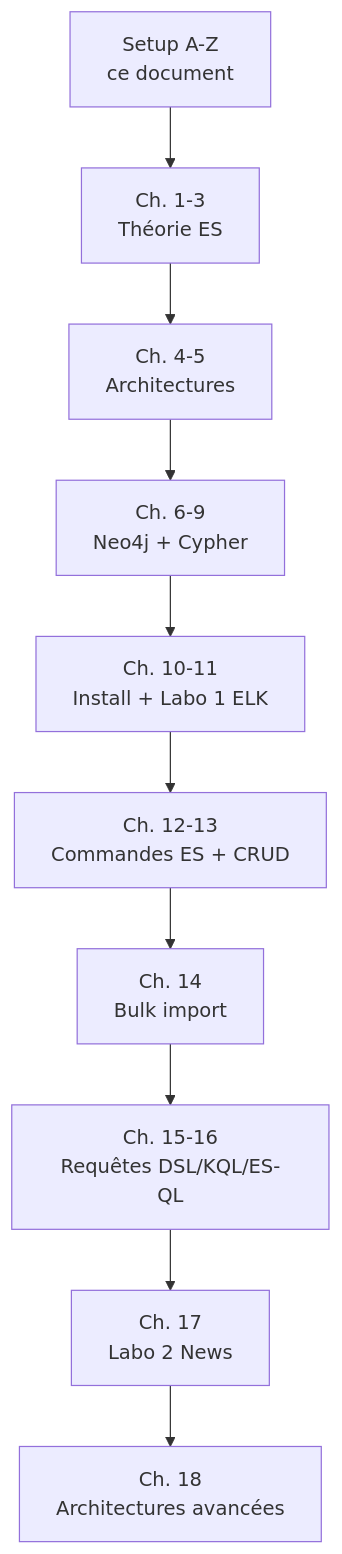
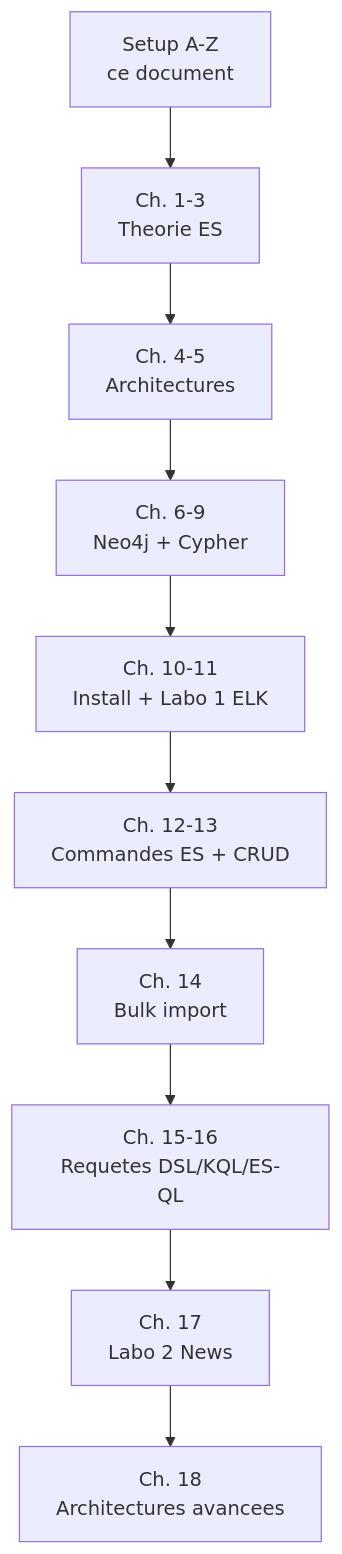
Before and after one commit to haythem-rehouma/Elastic-Search-0: the diagram in docs2-cours1/assets-cours2/solutions/00-setup-complet-a-z.md, drawn with Mermaid. The commit also changed other lines of this file and 49 other files, not shown here.

````diff
--- a/docs2-cours1/assets-cours2/solutions/00-setup-complet-a-z.md
+++ b/docs2-cours1/assets-cours2/solutions/00-setup-complet-a-z.md
@@ -624,12 +624,12 @@
 ```mermaid
 flowchart TB
-    A[Setup A-Z<br/>ce document] --> B[Ch. 1-3<br/>Théorie ES]
-    B --> C[Ch. 4-5<br/>Architectures]
-    C --> D[Ch. 6-9<br/>Neo4j + Cypher]
-    D --> E[Ch. 10-11<br/>Install + Labo 1 ELK]
-    E --> F[Ch. 12-13<br/>Commandes ES + CRUD]
-    F --> G[Ch. 14<br/>Bulk import]
-    G --> H[Ch. 15-16<br/>Requêtes DSL/KQL/ES-QL]
-    H --> I[Ch. 17<br/>Labo 2 News]
-    I --> J[Ch. 18<br/>Architectures avancées]
+    A["Setup A-Z<br/>ce document"] --> B["Ch. 1-3<br/>Theorie ES"]
+    B --> C["Ch. 4-5<br/>Architectures"]
+    C --> D["Ch. 6-9<br/>Neo4j + Cypher"]
+    D --> E["Ch. 10-11<br/>Install + Labo 1 ELK"]
+    E --> F["Ch. 12-13<br/>Commandes ES + CRUD"]
+    F --> G["Ch. 14<br/>Bulk import"]
+    G --> H["Ch. 15-16<br/>Requetes DSL/KQL/ES-QL"]
+    H --> I["Ch. 17<br/>Labo 2 News"]
+    I --> J["Ch. 18<br/>Architectures avancees"]
 ```
````
